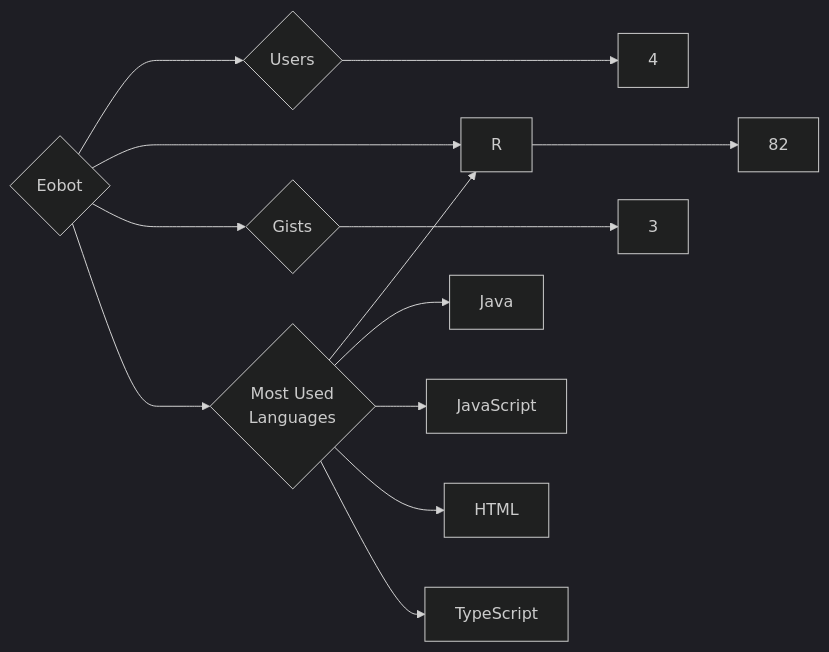
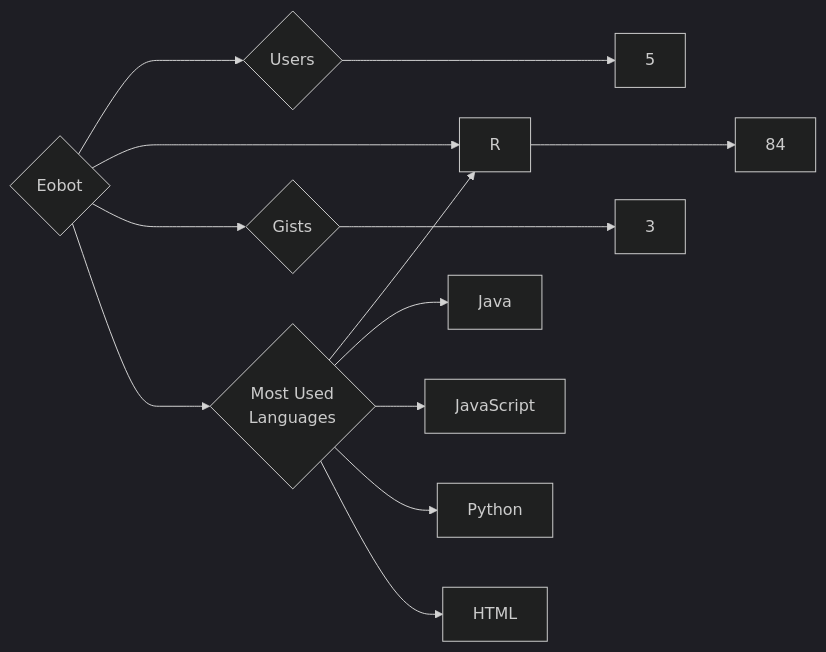
One commit to trickest/insiders changed the diagram in targets/Eobot/README.md. Above: the diagram before and after it, drawn with Mermaid (dark theme). The commit also changed 1020 other files, not shown here.

````diff
--- a/targets/Eobot/README.md
+++ b/targets/Eobot/README.md
@@ -3,13 +3,13 @@
 ```mermaid
 graph LR
 COMPANY_NAME{Eobot}
-COMPANY_NAME ---> U{Users} ---> UN[4]
-COMPANY_NAME ---> R{Repositories} ---> RN[82]
+COMPANY_NAME ---> U{Users} ---> UN[5]
+COMPANY_NAME ---> R{Repositories} ---> RN[84]
 COMPANY_NAME ---> G{Gists} ---> GN[3]
 COMPANY_NAME ---> ML{Most Used<br>Languages}
 ML --> R[R]
 ML --> Java[Java]
 ML --> JavaScript[JavaScript]
+ML --> Python[Python]
 ML --> HTML[HTML]
-ML --> TypeScript[TypeScript]
 ```
````
